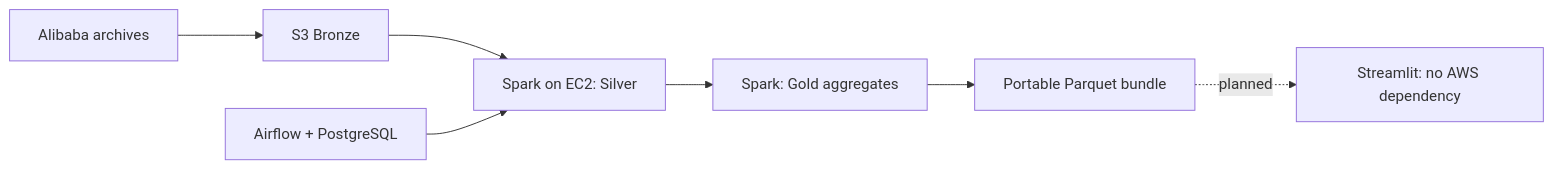
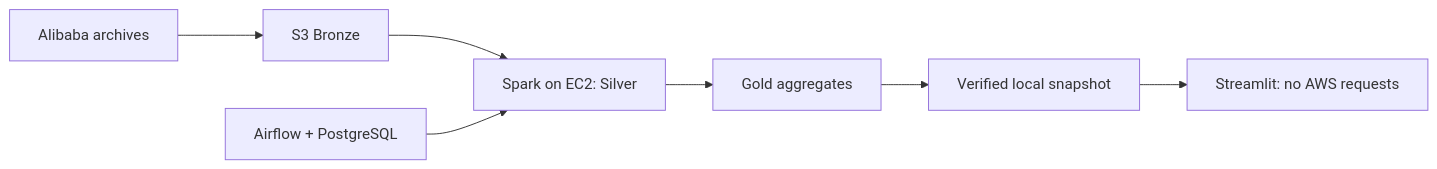
The diagram in README.md (shrutidoshi94/gpu-fleet-analytics), drawn with Mermaid before and after one commit. The commit also changed other lines of this file and 28 other files, not shown here.

````diff
--- a/README.md
+++ b/README.md
@@ -9,9 +9,9 @@
 ```mermaid
 flowchart LR
     A[Alibaba archives] --> B[S3 Bronze]
     B --> C[Spark on EC2: Silver]
     D[Airflow + PostgreSQL] --> C
-    C --> E[Spark: Gold aggregates]
-    E --> F[Portable Parquet bundle]
-    F -. planned .-> G[Streamlit: no AWS dependency]
+    C --> E[Gold aggregates]
+    E --> F[Verified local snapshot]
+    F --> G[Streamlit: no AWS requests]
 ```
````
